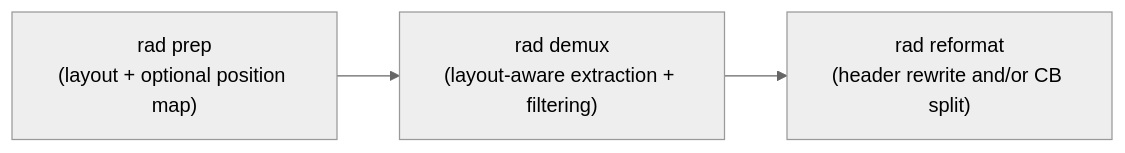
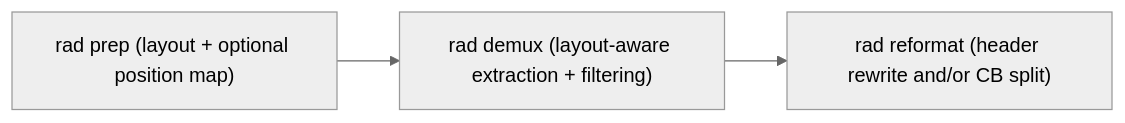
One commit to indianewok/rad changed the diagram in README.md. Above: the diagram before and after it, drawn with Mermaid (neutral theme).

Commit message:
docs: remove escaped newlines from mermaid labels

````diff
--- a/README.md
+++ b/README.md
@@ -21,5 +21,5 @@
 ```mermaid
 flowchart LR
-    A["rad prep\n(layout + optional position map)"] --> B["rad demux\n(layout-aware extraction + filtering)"]
-    B --> C["rad reformat\n(header rewrite and/or CB split)"]
+    A["rad prep (layout + optional position map)"] --> B["rad demux (layout-aware extraction + filtering)"]
+    B --> C["rad reformat (header rewrite and/or CB split)"]
 ```
````
